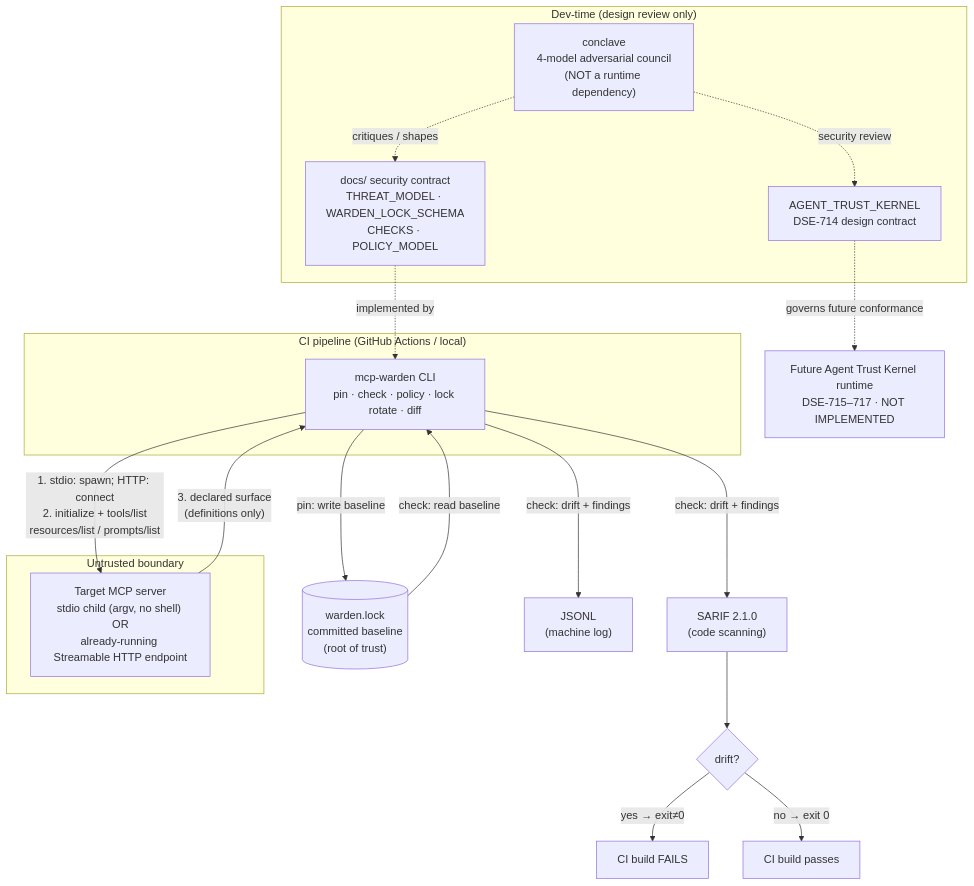
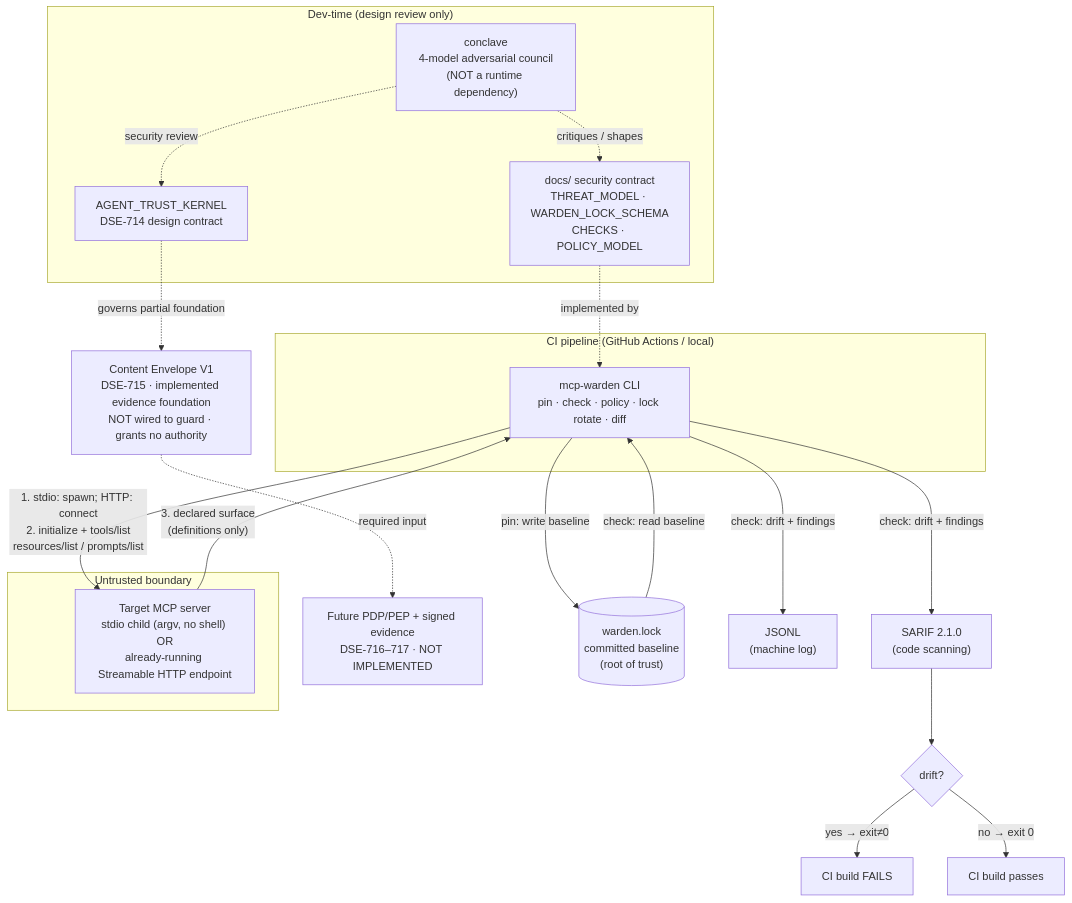
The first of 3 diagrams in SYSTEM_CONTEXT_DIAGRAM.md (DataScience-EngineeringExperts/mcp-warden), drawn with Mermaid before and after one commit. The commit also changed other lines of this file and 9 other files, not shown here.

First line of the commit message:
feat: add deterministic content envelopes (DSE-715) (#86)

````diff
--- a/SYSTEM_CONTEXT_DIAGRAM.md
+++ b/SYSTEM_CONTEXT_DIAGRAM.md
@@ -58,39 +58,41 @@
 ```mermaid
 flowchart TB
     subgraph dev["Dev-time (design review only)"]
         conclave["conclave\n4-model adversarial council\n(NOT a runtime dependency)"]
         specs["docs/ security contract\nTHREAT_MODEL · WARDEN_LOCK_SCHEMA\nCHECKS · POLICY_MODEL"]
         atk["AGENT_TRUST_KERNEL\nDSE-714 design contract"]
         conclave -. "critiques / shapes" .-> specs
         conclave -. "security review" .-> atk
     end
 
-    future["Future Agent Trust Kernel runtime\nDSE-715–717 · NOT IMPLEMENTED"]
-    atk -. "governs future conformance" .-> future
+    envelope["Content Envelope V1\nDSE-715 · implemented evidence foundation\nNOT wired to guard · grants no authority"]
+    future["Future PDP/PEP + signed evidence\nDSE-716–717 · NOT IMPLEMENTED"]
+    atk -. "governs partial foundation" .-> envelope
+    envelope -. "required input" .-> future
 
     subgraph ci["CI pipeline (GitHub Actions / local)"]
         warden["mcp-warden CLI\npin · check · policy · lock rotate · diff"]
     end
 
     subgraph target["Untrusted boundary"]
         server["Target MCP server\nstdio child (argv, no shell) OR\nalready-running Streamable HTTP endpoint"]
     end
 
     repo[("warden.lock\ncommitted baseline\n(root of trust)")]
     sarif["SARIF 2.1.0\n(code scanning)"]
     jsonl["JSONL\n(machine log)"]
 
     specs -. "implemented by" .-> warden
 
     warden -- "1. stdio: spawn; HTTP: connect\n2. initialize + tools/list\nresources/list / prompts/list" --> server
     server -- "3. declared surface\n(definitions only)" --> warden
 
     warden -- "pin: write baseline" --> repo
     repo -- "check: read baseline" --> warden
     warden -- "check: drift + findings" --> sarif
     warden -- "check: drift + findings" --> jsonl
 
     sarif --> gate{"drift?"}
     gate -- "yes → exit≠0" --> failci["CI build FAILS"]
     gate -- "no → exit 0" --> passci["CI build passes"]
 ```
````
